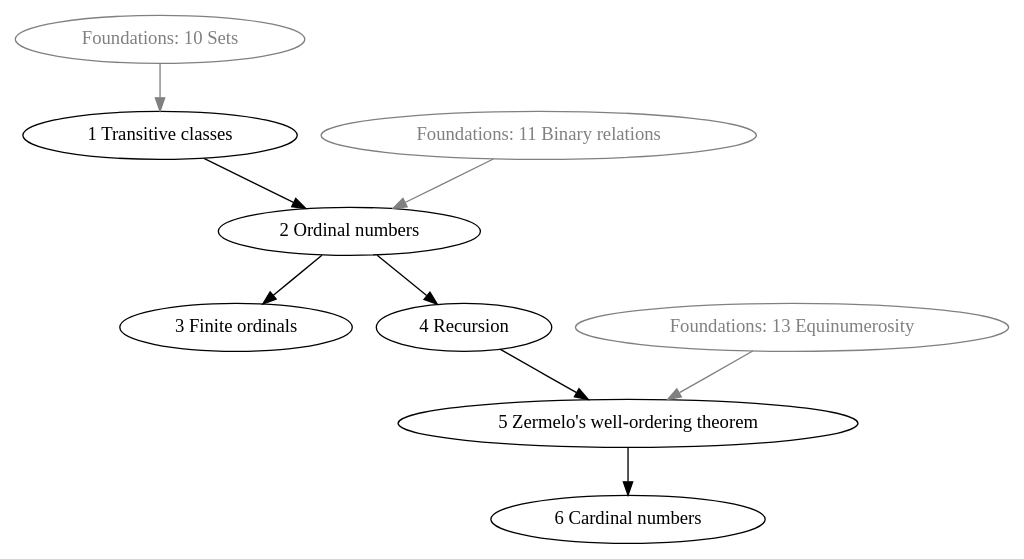
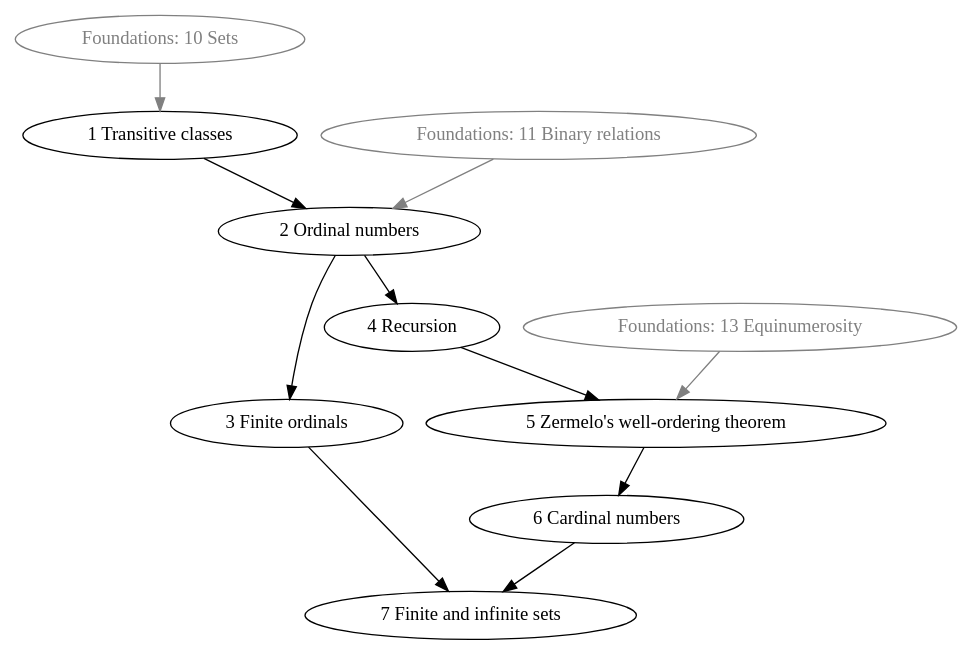
Before and after one commit to naproche/naproche: the diagram in examples/set-theory/dependency-graph/graph.dot, drawn with Graphviz. The commit also changed 4 other files, not shown here.

Commit message:
Set theory: Add chapter about finite and infinite sets

```diff
--- a/examples/set-theory/dependency-graph/graph.dot
+++ b/examples/set-theory/dependency-graph/graph.dot
@@ -1,22 +1,25 @@
 digraph Sections {
 
     foundations_10 [label = "Foundations: 10 Sets", color = "gray", fontcolor = "gray"]
     foundations_11 [label = "Foundations: 11 Binary relations", color = "gray", fontcolor = "gray"]
     foundations_13 [label = "Foundations: 13 Equinumerosity", color = "gray", fontcolor = "gray"]
 
     set_theory_01 [label = "1 Transitive classes"]
     set_theory_02 [label = "2 Ordinal numbers"]
     set_theory_03 [label = "3 Finite ordinals"]
     set_theory_04 [label = "4 Recursion"]
     set_theory_05 [label = "5 Zermelo's well-ordering theorem"]
     set_theory_06 [label = "6 Cardinal numbers"]
+    set_theory_07 [label = "7 Finite and infinite sets"]
 
     foundations_10  -> set_theory_01    [color = "gray"]
     foundations_11  -> set_theory_02    [color = "gray"]
     set_theory_01   -> set_theory_02
     set_theory_02   -> set_theory_03
     set_theory_02   -> set_theory_04
     foundations_13  -> set_theory_05    [color = "gray"]
     set_theory_04   -> set_theory_05
     set_theory_05   -> set_theory_06
+    set_theory_03   -> set_theory_07
+    set_theory_06   -> set_theory_07
 }
```
